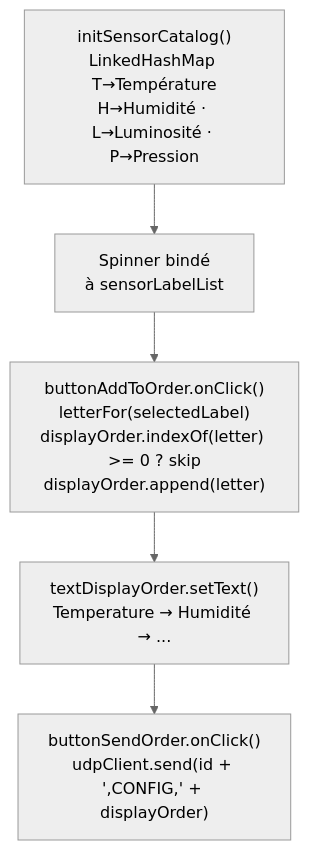
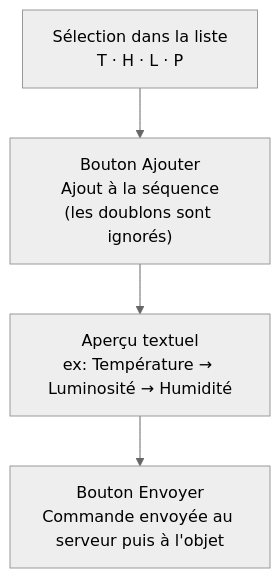
One commit to QuentinBastos/iot-project changed diagram 16 of 16 in rendu.md. Above: the diagram before and after it, drawn with Mermaid (neutral theme). The commit also changed other lines of this file, not shown here.

````diff
--- a/rendu.md
+++ b/rendu.md
@@ -643,7 +521,9 @@
 ```mermaid
 flowchart TD
-    START2["initSensorCatalog()\nLinkedHashMap T→Température\nH→Humidité · L→Luminosité · P→Pression"] --> SPINNER2["Spinner bindé\nà sensorLabelList"]
-    SPINNER2 --> ADD2["buttonAddToOrder.onClick()\nletterFor(selectedLabel)\ndisplayOrder.indexOf(letter) >= 0 ? skip\ndisplayOrder.append(letter)"]
-    ADD2 --> DISPLAY2["textDisplayOrder.setText()\nTemperature → Humidité → ..."]
-    DISPLAY2 --> SEND2["buttonSendOrder.onClick()\nudpClient.send(id + ',CONFIG,' + displayOrder)"]
+    SP_A["Sélection dans la liste\nT · H · L · P"]
+    ADD_A["Bouton Ajouter\nAjout à la séquence\n(les doublons sont ignorés)"]
+    TXT_A["Aperçu textuel\nex: Température → Luminosité → Humidité"]
+    SEND_A["Bouton Envoyer\nCommande envoyée au serveur puis à l'objet"]
+
+    SP_A --> ADD_A --> TXT_A --> SEND_A
 ```
````
